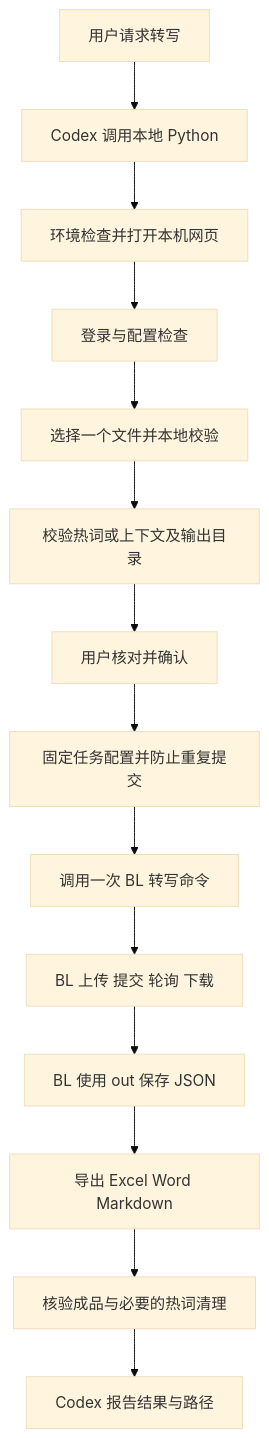
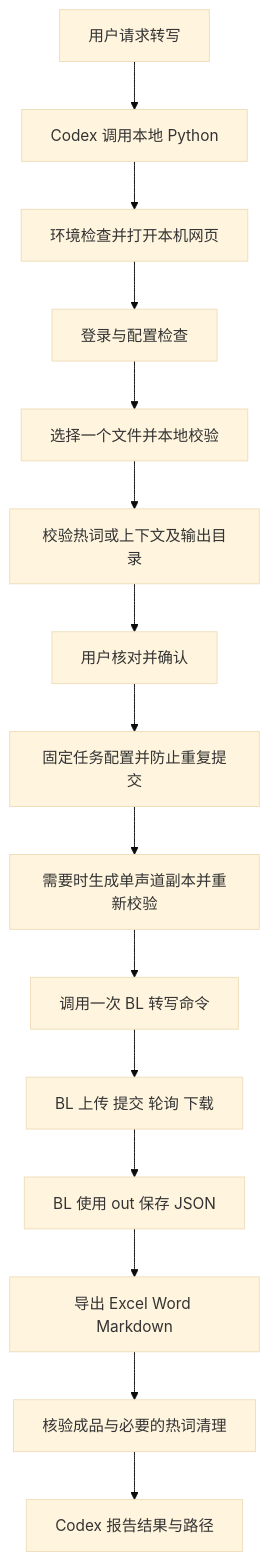
Before and after one commit to hx101700/asr-agent: the diagram in doc/DEVELOPMENT.md, drawn with Mermaid (base theme). The commit also changed other lines of this file and 9 other files, not shown here.

````diff
--- a/doc/DEVELOPMENT.md
+++ b/doc/DEVELOPMENT.md
@@ -41,16 +42,17 @@
 ```mermaid
 flowchart TD
     A[用户请求转写] --> B[Codex 调用本地 Python]
     B --> C[环境检查并打开本机网页]
     C --> D[登录与配置检查]
     D --> E[选择一个文件并本地校验]
     E --> F[校验热词或上下文及输出目录]
     F --> G[用户核对并确认]
     G --> H[固定任务配置并防止重复提交]
-    H --> I[调用一次 BL 转写命令]
+    H --> P[需要时生成单声道副本并重新校验]
+    P --> I[调用一次 BL 转写命令]
     I --> J[BL 上传 提交 轮询 下载]
     J --> K[BL 使用 out 保存 JSON]
     K --> L[导出 Excel Word Markdown]
     L --> M[核验成品与必要的热词清理]
     M --> N[Codex 报告结果与路径]
 ```
````
